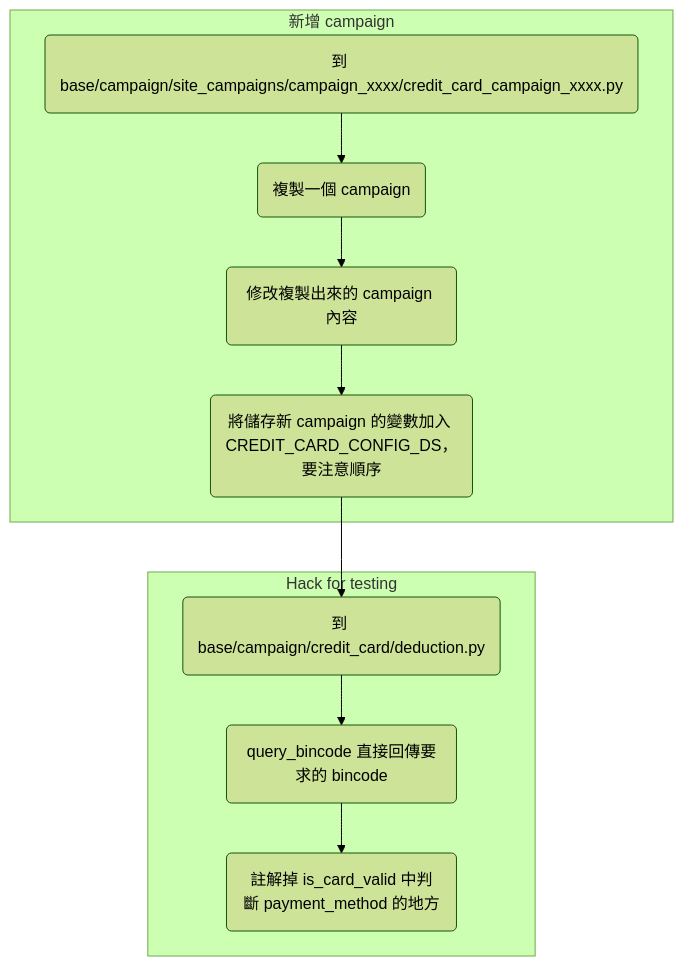
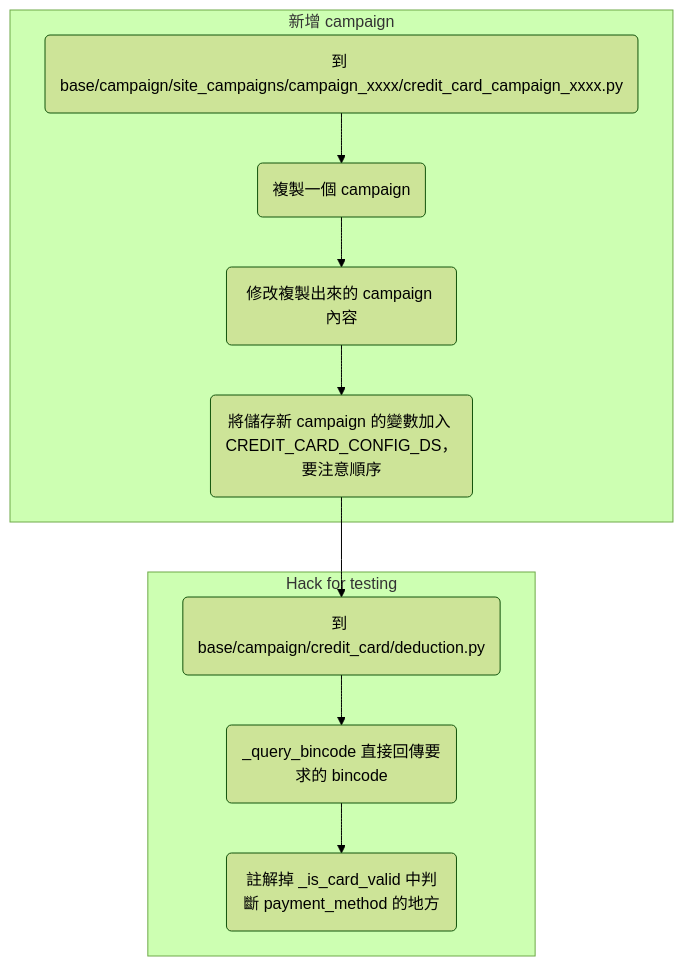
One commit to bingyangchen/KM-software changed the diagram in Pinkoi/新增 Credit-Card Campaign.md. Above: the diagram before and after it, drawn with Mermaid (forest theme). The commit also changed 55 other files, not shown here.

````diff
--- a/Pinkoi/新增 Credit-Card Campaign.md
+++ b/Pinkoi/新增 Credit-Card Campaign.md
@@ -3,20 +3,20 @@
 ```mermaid
 flowchart TD
     subgraph "新增 campaign"
     id1(到 base/campaign/site_campaigns/campaign_xxxx/credit_card_campaign_xxxx.py)
     id2(複製一個 campaign)
     id3(修改複製出來的 campaign 內容)
     id4("將儲存新 campaign 的變數加入 CREDIT_CARD_CONFIG_DS，要注意順序")
     id1 --> id2
     id2 --> id3
     id3 --> id4
     end
     subgraph "Hack for testing"
     id5(到 base/campaign/credit_card/deduction.py)
-    id6(query_bincode 直接回傳要求的 bincode)
-    id7(註解掉 is_card_valid 中判斷 payment_method 的地方)
+    id6(_query_bincode 直接回傳要求的 bincode)
+    id7(註解掉 _is_card_valid 中判斷 payment_method 的地方)
     id4 --> id5
     id5 --> id6
     id6 --> id7
     end
 ```
````
